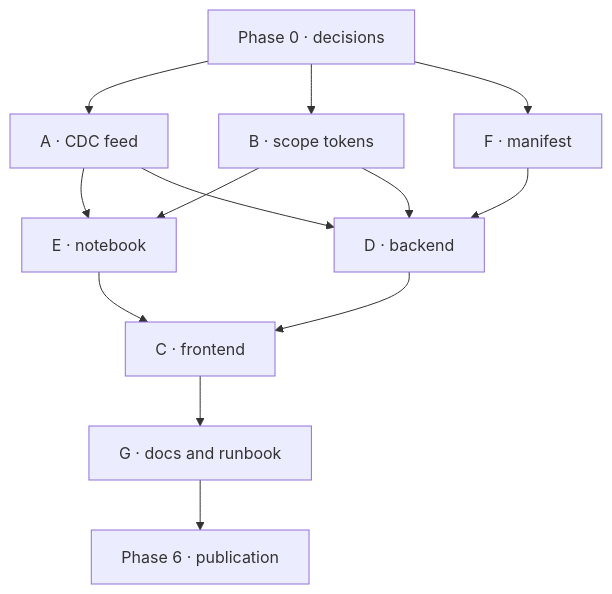
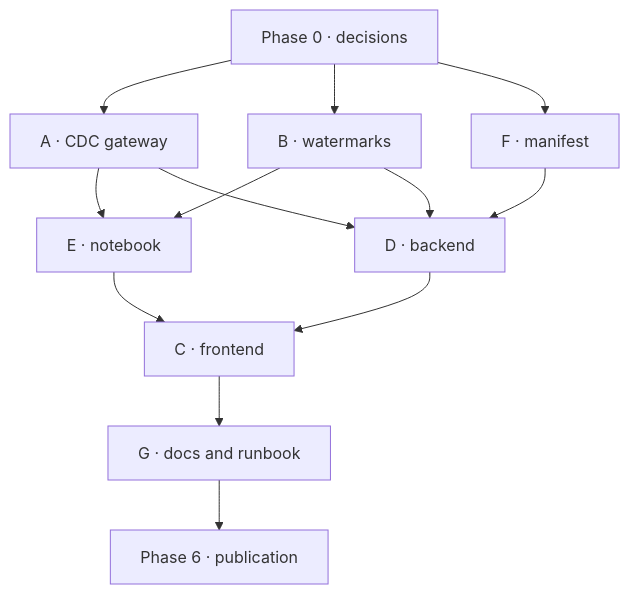
The third of 3 diagrams in docs/WORKLOAD.md (fredgis/asmDB), drawn with Mermaid before and after one commit. The commit also changed other lines of this file and 7 other files, not shown here.

First line of the commit message:
Rework the workload plan around the decisions, and make the mockup graphical

````diff
--- a/docs/WORKLOAD.md
+++ b/docs/WORKLOAD.md
@@ -394,15 +511,15 @@
 ```mermaid
 flowchart TD
-  P0["Phase 0 · decisions"] --> A["A · CDC feed"]
-  P0 --> B["B · scope tokens"]
+  P0["Phase 0 · decisions"] --> A["A · CDC gateway"]
+  P0 --> B["B · watermarks"]
   A --> E["E · notebook"]
   B --> E
   A --> D["D · backend"]
   B --> D
   P0 --> F["F · manifest"]
   F --> D
   D --> C["C · frontend"]
   E --> C
   C --> G["G · docs and runbook"]
   G --> PUB["Phase 6 · publication"]
 ```
````
